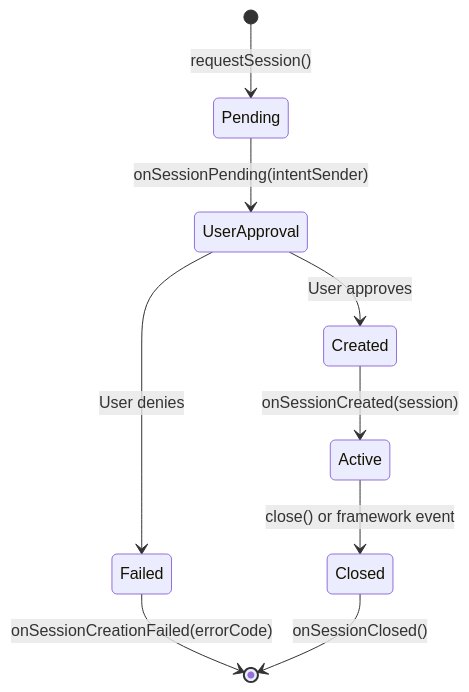
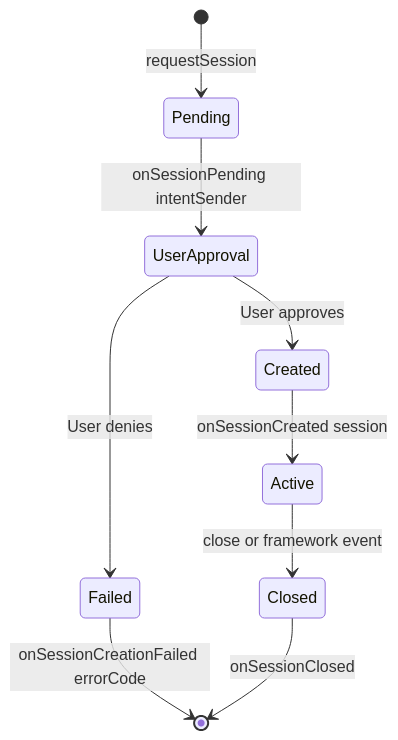
The seventh of 59 diagrams in 50-ai-appfunctions.md (fwrite0920/aosp-internal-book), drawn with Mermaid before and after one commit. The commit also changed other lines of this file and 21 other files, not shown here.

First line of the commit message:
Fix Mermaid diagrams and formatting in Parts IX-XV and Appendix A (chapters 40-63)

````diff
--- a/50-ai-appfunctions.md
+++ b/50-ai-appfunctions.md
@@ -1132,11 +1132,11 @@
 ```mermaid
 stateDiagram-v2
-    [*] --> Pending: requestSession()
-    Pending --> UserApproval: onSessionPending(intentSender)
+    [*] --> Pending: requestSession
+    Pending --> UserApproval: onSessionPending intentSender
     UserApproval --> Created: User approves
     UserApproval --> Failed: User denies
-    Created --> Active: onSessionCreated(session)
-    Active --> Closed: close() or framework event
-    Failed --> [*]: onSessionCreationFailed(errorCode)
-    Closed --> [*]: onSessionClosed()
+    Created --> Active: onSessionCreated session
+    Active --> Closed: close or framework event
+    Failed --> [*]: onSessionCreationFailed errorCode
+    Closed --> [*]: onSessionClosed
 ```
````
